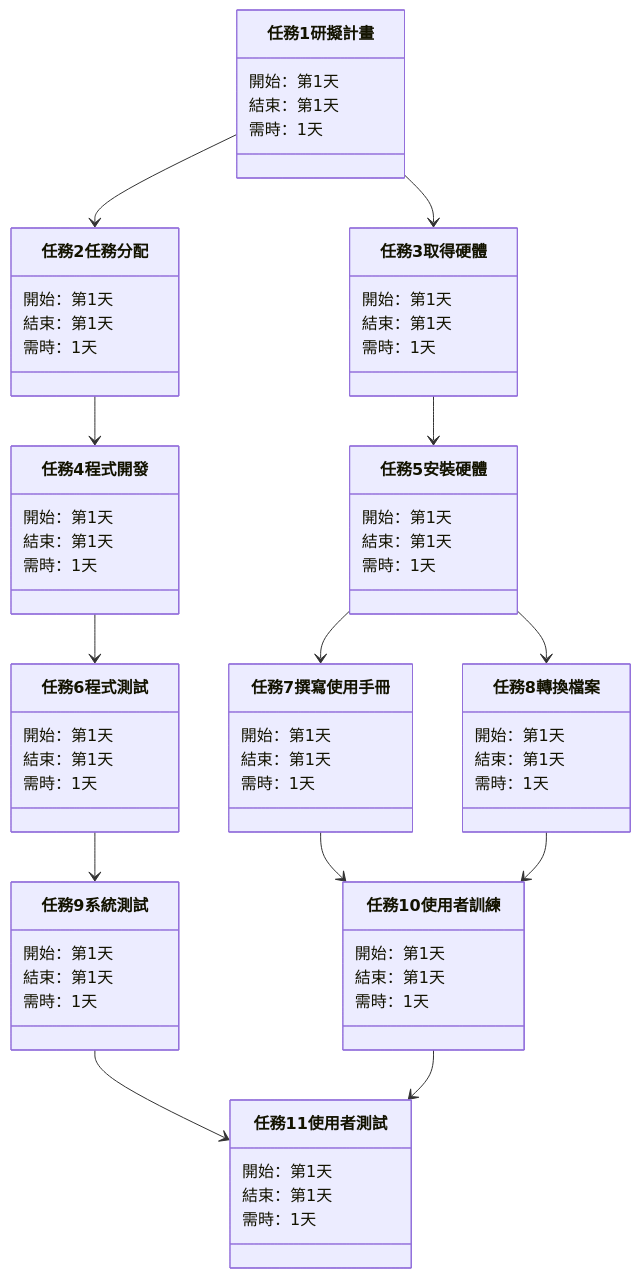
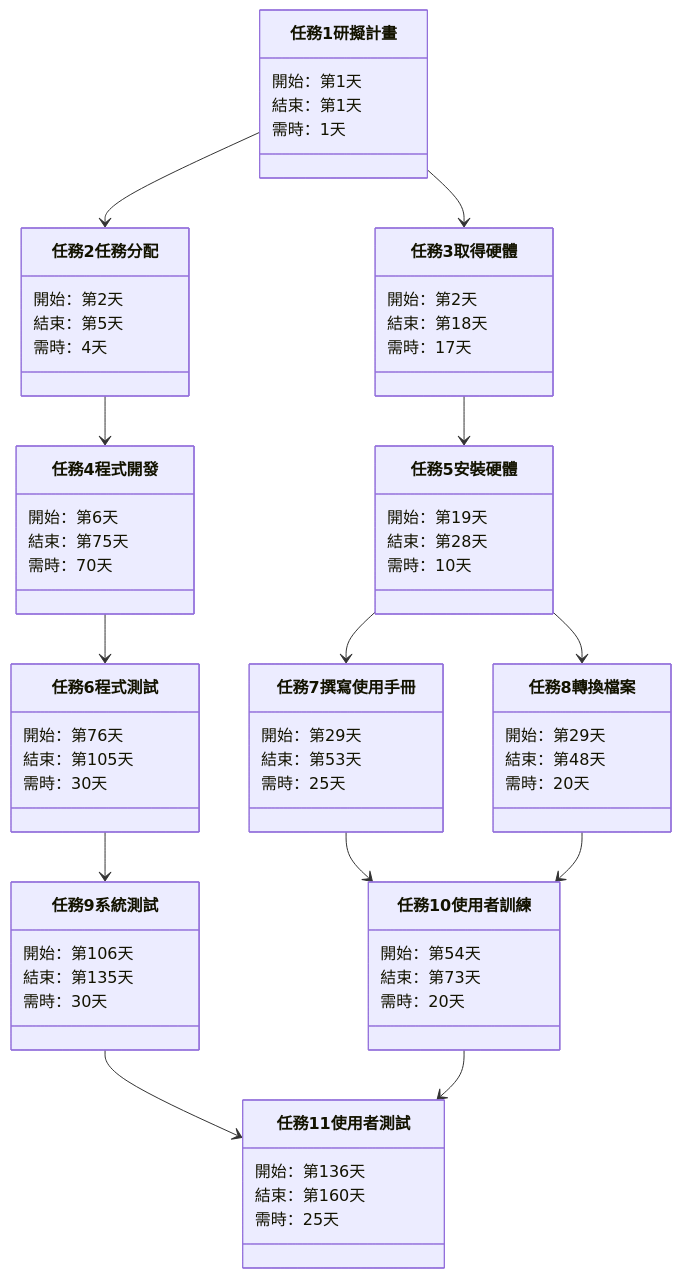
The first of 2 diagrams in hw2.md (mark13578/2022-sasd), drawn with Mermaid before and after one commit.

````diff
--- a/hw2.md
+++ b/hw2.md
@@ -16,61 +16,61 @@
 ```mermaid
 classDiagram
 
 任務1 研擬計畫 --> 任務2 任務分配
 任務1 研擬計畫 --> 任務3 取得硬體
 任務2 任務分配 --> 任務4 程式開發
 任務3 取得硬體 --> 任務5 安裝硬體
 任務4 程式開發 --> 任務6 程式測試
 任務5 安裝硬體 --> 任務7 撰寫使用手冊
 任務5 安裝硬體 --> 任務8 轉換檔案
 任務6 程式測試 --> 任務9 系統測試
 任務7 撰寫使用手冊 --> 任務10 使用者訓練
 任務8 轉換檔案 --> 任務10 使用者訓練
 任務9 系統測試 --> 任務11 使用者測試
 任務10 使用者訓練 --> 任務11 使用者測試
 
 
 任務1 研擬計畫 : 開始：第1天
 任務1 研擬計畫 : 結束：第1天
 任務1 研擬計畫 : 需時：1天
 
-任務2 任務分配 : 開始：第1天
-任務2 任務分配 : 結束：第1天
-任務2 任務分配 : 需時：1天
+任務2 任務分配 : 開始：第2天
+任務2 任務分配 : 結束：第5天
+任務2 任務分配 : 需時：4天
 
-任務3 取得硬體 : 開始：第1天
-任務3 取得硬體 : 結束：第1天
-任務3 取得硬體 : 需時：1天
+任務3 取得硬體 : 開始：第2天
+任務3 取得硬體 : 結束：第18天
+任務3 取得硬體 : 需時：17天
 
-任務4 程式開發 : 開始：第1天
-任務4 程式開發 : 結束：第1天
-任務4 程式開發 : 需時：1天
+任務4 程式開發 : 開始：第6天
+任務4 程式開發 : 結束：第75天
+任務4 程式開發 : 需時：70天
 
-任務5 安裝硬體 : 開始：第1天
-任務5 安裝硬體 : 結束：第1天
-任務5 安裝硬體 : 需時：1天
+任務5 安裝硬體 : 開始：第19天
+任務5 安裝硬體 : 結束：第28天
+任務5 安裝硬體 : 需時：10天
 
-任務6 程式測試 : 開始：第1天
-任務6 程式測試 : 結束：第1天
-任務6 程式測試 : 需時：1天
+任務6 程式測試 : 開始：第76天
+任務6 程式測試 : 結束：第105天
+任務6 程式測試 : 需時：30天
 
-任務7 撰寫使用手冊 : 開始：第1天
-任務7 撰寫使用手冊 : 結束：第1天
-任務7 撰寫使用手冊 : 需時：1天
+任務7 撰寫使用手冊 : 開始：第29天
+任務7 撰寫使用手冊 : 結束：第53天
+任務7 撰寫使用手冊 : 需時：25天
 
-任務8 轉換檔案 : 開始：第1天
-任務8 轉換檔案 : 結束：第1天
-任務8 轉換檔案 : 需時：1天
+任務8 轉換檔案 : 開始：第29天
+任務8 轉換檔案 : 結束：第48天
+任務8 轉換檔案 : 需時：20天
 
-任務9 系統測試 : 開始：第1天
-任務9 系統測試 : 結束：第1天
-任務9 系統測試 : 需時：1天
+任務9 系統測試 : 開始：第106天
+任務9 系統測試 : 結束：第135天
+任務9 系統測試 : 需時：30天
 
-任務10 使用者訓練 : 開始：第1天
-任務10 使用者訓練 : 結束：第1天
-任務10 使用者訓練 : 需時：1天
+任務10 使用者訓練 : 開始：第54天
+任務10 使用者訓練 : 結束：第73天
+任務10 使用者訓練 : 需時：20天
 
-任務11 使用者測試 : 開始：第1天
-任務11 使用者測試 : 結束：第1天
-任務11 使用者測試 : 需時：1天
+任務11 使用者測試 : 開始：第136天
+任務11 使用者測試 : 結束：第160天
+任務11 使用者測試 : 需時：25天
 ```
````
